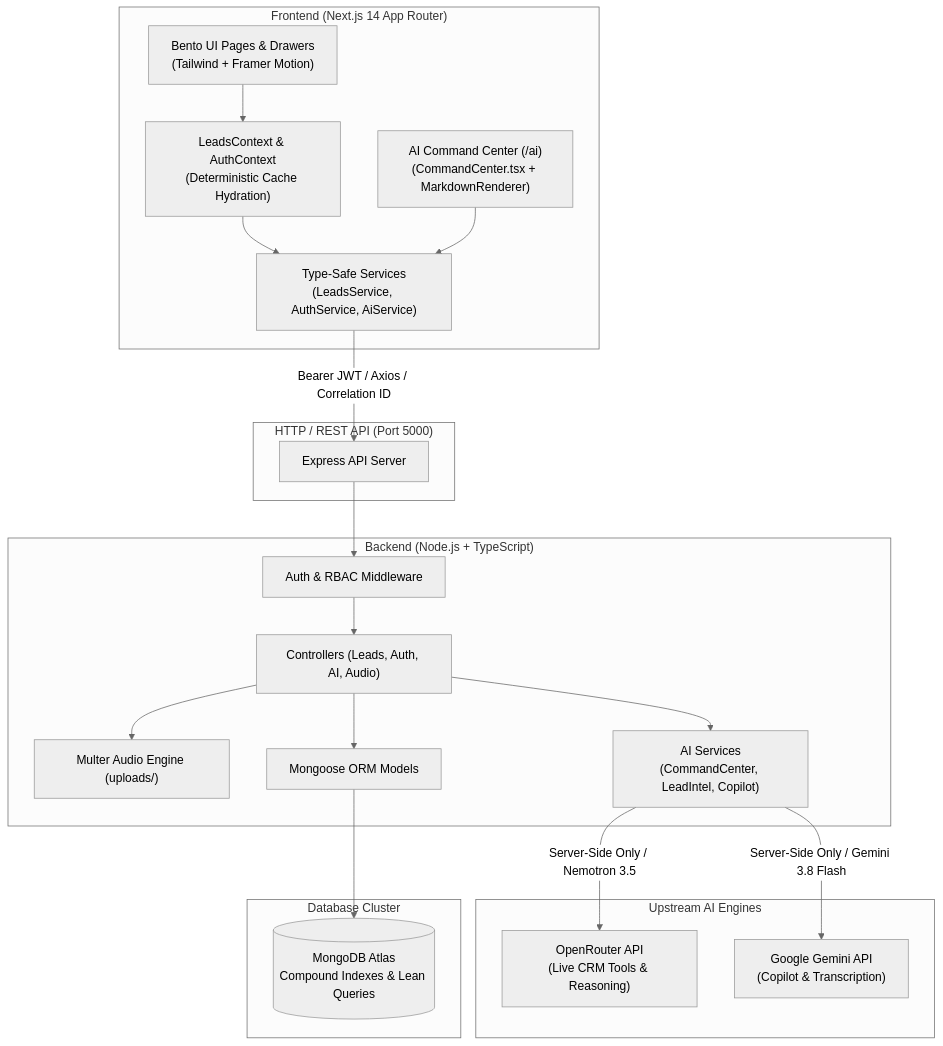
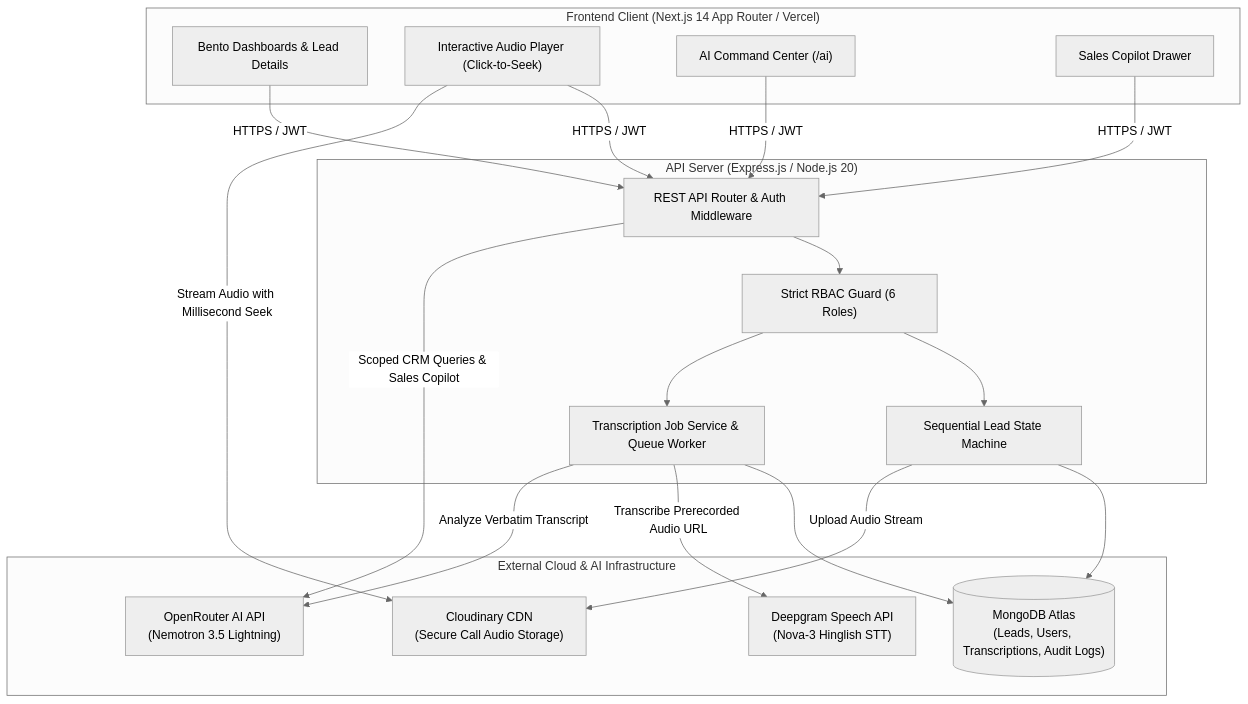
Before and after one commit to Aqib1239/VA-Naxus-CRM: the second of 2 diagrams in README.md, drawn with Mermaid (neutral theme). The commit also changed other lines of this file and 27 other files, not shown here.

````diff
--- a/README.md
+++ b/README.md
@@ -141,32 +140,41 @@
 ```mermaid
-graph TD
-    subgraph Client["Frontend (Next.js 14 App Router)"]
-        UI["Bento UI Pages & Drawers<br/>(Tailwind + Framer Motion)"]
-        CC["AI Command Center (/ai)<br/>(CommandCenter.tsx + MarkdownRenderer)"]
-        Context["LeadsContext & AuthContext<br/>(Deterministic Cache Hydration)"]
-        Service["Type-Safe Services<br/>(LeadsService, AuthService, AiService)"]
-        UI --> Context --> Service
-        CC --> Service
+flowchart TD
+    subgraph Client["Frontend Client (Next.js 14 App Router / Vercel)"]
+        UI["Bento Dashboards & Lead Details"]
+        Player["Interactive Audio Player (Click-to-Seek)"]
+        Chatbot["AI Command Center (/ai)"]
+        Copilot["Sales Copilot Drawer"]
     end
 
-    subgraph Network["HTTP / REST API (Port 5000)"]
-        Service -->|"Bearer JWT / Axios / Correlation ID"| Express["Express API Server"]
+    subgraph Backend["API Server (Express.js / Node.js 20)"]
+        Gateway["REST API Router & Auth Middleware"]
+        RBAC["Strict RBAC Guard (6 Roles)"]
+        Workflow["Sequential Lead State Machine"]
+        Jobs["Transcription Job Service & Queue Worker"]
     end
 
-    subgraph Server["Backend (Node.js + TypeScript)"]
-        Express --> AuthMw["Auth & RBAC Middleware"]
-        AuthMw --> Ctrls["Controllers (Leads, Auth, AI, Audio)"]
-        Ctrls --> Uploads["Multer Audio Engine (uploads/)"]
-        Ctrls --> AIServices["AI Services<br/>(CommandCenter, LeadIntel, Copilot)"]
-        Ctrls --> Models["Mongoose ORM Models"]
+    subgraph CloudServices["External Cloud & AI Infrastructure"]
+        Atlas[("MongoDB Atlas<br/>(Leads, Users, Transcriptions, Audit Logs)")]
+        Cloudinary["Cloudinary CDN<br/>(Secure Call Audio Storage)"]
+        OpenRouter["OpenRouter AI API<br/>(Nemotron 3.5 Lightning)"]
+        Deepgram["Deepgram Speech API<br/>(Nova-3 Hinglish STT)"]
     end
 
-    subgraph ExternalAI["Upstream AI Engines"]
-        AIServices -->|"Server-Side Only / Nemotron 3.5"| OpenRouter["OpenRouter API<br/>(Live CRM Tools & Reasoning)"]
-        AIServices -->|"Server-Side Only / Gemini 3.8 Flash"| Gemini["Google Gemini API<br/>(Copilot & Transcription)"]
-    end
+    UI -->|"HTTPS / JWT"| Gateway
+    Player -->|"HTTPS / JWT"| Gateway
+    Chatbot -->|"HTTPS / JWT"| Gateway
+    Copilot -->|"HTTPS / JWT"| Gateway
 
-    subgraph Database["Database Cluster"]
-        Models --> Atlas[("MongoDB Atlas<br/>Compound Indexes & Lean Queries")]
-    end
+    Gateway --> RBAC
+    RBAC --> Workflow
+    RBAC --> Jobs
+
+    Workflow --> Atlas
+    Jobs --> Atlas
+
+    Workflow -->|"Upload Audio Stream"| Cloudinary
+    Jobs -->|"Transcribe Prerecorded Audio URL"| Deepgram
+    Jobs -->|"Analyze Verbatim Transcript"| OpenRouter
+    Gateway -->|"Scoped CRM Queries & Sales Copilot"| OpenRouter
+    Player -->|"Stream Audio with Millisecond Seek"| Cloudinary
 ```
````
